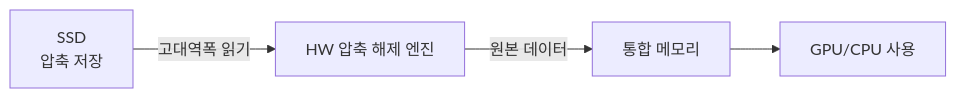
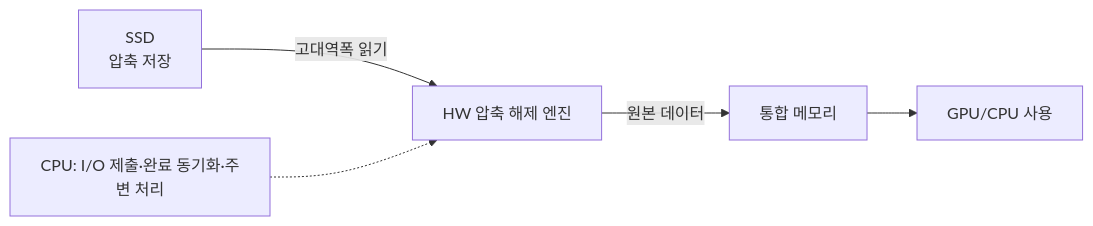
Before and after one commit to Rein-ArXiv/game-dev-curriculum: the third of 4 diagrams in platform/part02_console.md, drawn with Mermaid. The commit also changed other lines of this file and 279 other files, not shown here.

````diff
--- a/platform/part02_console.md
+++ b/platform/part02_console.md
@@ -199,6 +203,7 @@
 ```mermaid
 flowchart LR
     SSD[SSD<br/>압축 저장] -->|고대역폭 읽기| Decomp[HW 압축 해제 엔진]
     Decomp -->|원본 데이터| Mem[통합 메모리]
     Mem --> GPU[GPU/CPU 사용]
+    CPU[CPU: I/O 제출·완료 동기화·주변 처리] -.-> Decomp
 ```
````
